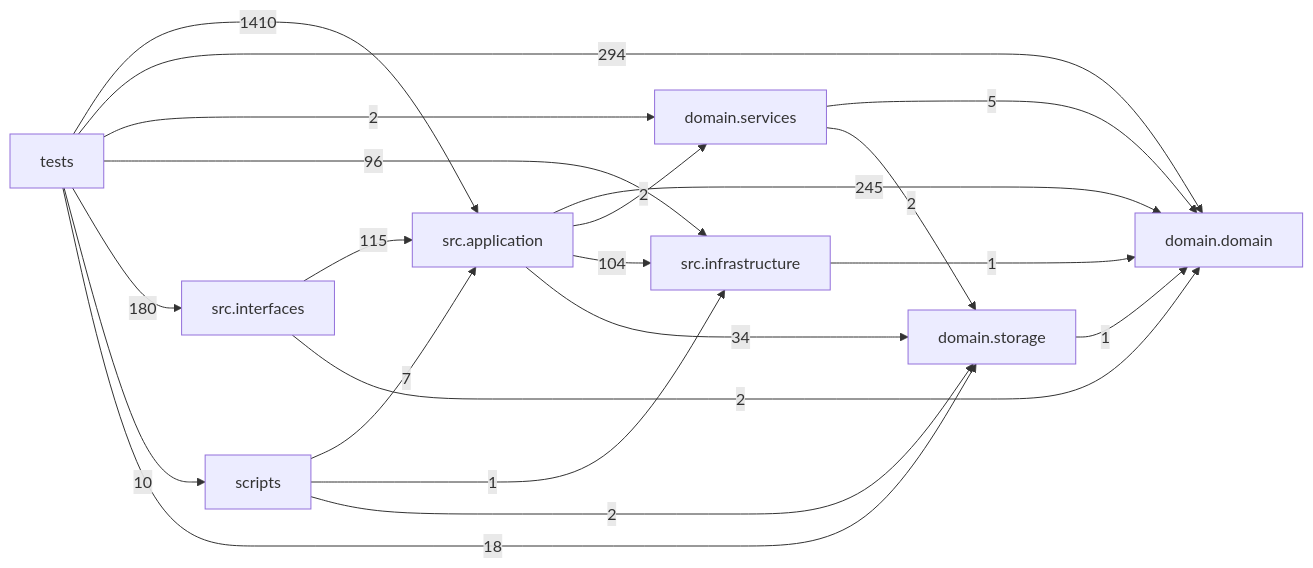
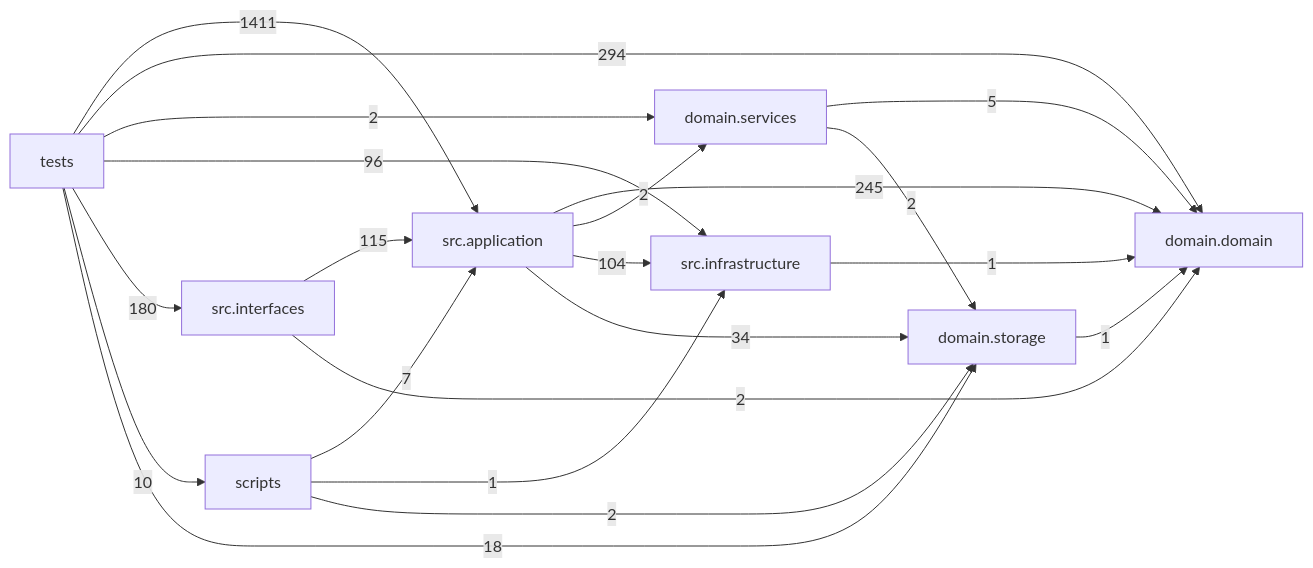
Before and after one commit to liuxie066/options-monitor: the diagram in docs/DEPENDENCY_GRAPH.md, drawn with Mermaid. The commit also changed other lines of this file and 4 other files, not shown here.

````diff
--- a/docs/DEPENDENCY_GRAPH.md
+++ b/docs/DEPENDENCY_GRAPH.md
@@ -24,31 +24,31 @@
 ```mermaid
 flowchart LR
   tests["tests"]
   scripts["scripts"]
   interfaces["src.interfaces"]
   application["src.application"]
   infrastructure["src.infrastructure"]
   domain_services["domain.services"]
   domain["domain.domain"]
   storage["domain.storage"]
   application -->|245| domain
   application -->|2| domain_services
   application -->|104| infrastructure
   application -->|34| storage
   domain_services -->|5| domain
   domain_services -->|2| storage
   infrastructure -->|1| domain
   interfaces -->|115| application
   interfaces -->|2| domain
   scripts -->|7| application
   scripts -->|1| infrastructure
   scripts -->|2| storage
   storage -->|1| domain
-  tests -->|1410| application
+  tests -->|1411| application
   tests -->|294| domain
   tests -->|2| domain_services
   tests -->|96| infrastructure
   tests -->|180| interfaces
   tests -->|10| scripts
   tests -->|18| storage
 ```
````
